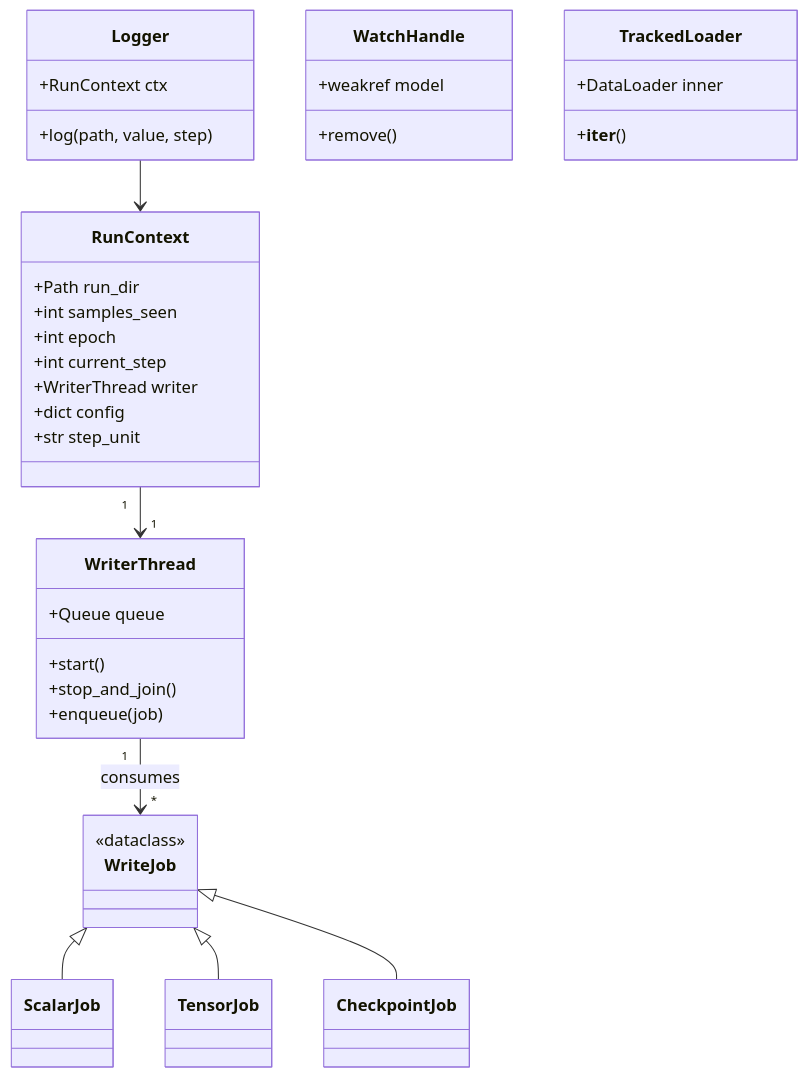
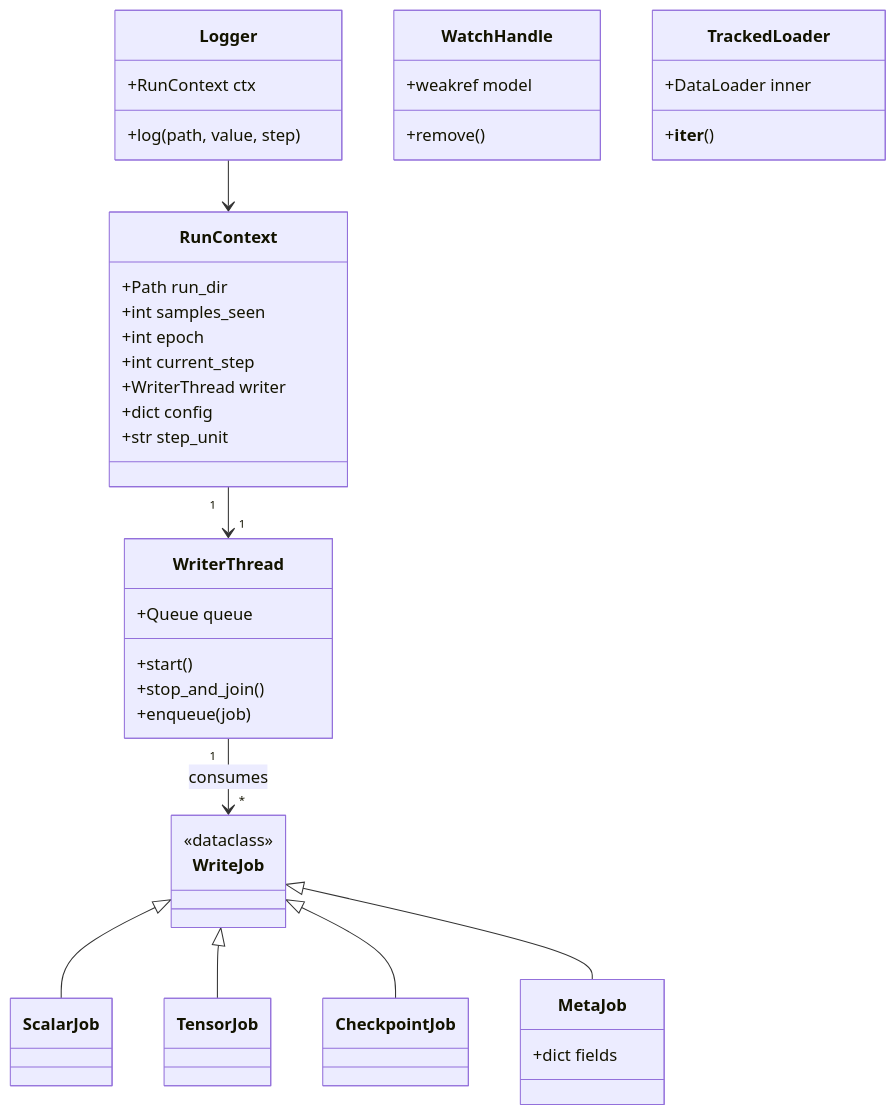
Before and after one commit to vladkalinichencko/log: the third of 11 diagrams in SPEC.md, drawn with Mermaid. The commit also changed other lines of this file and 32 other files, not shown here.

````diff
--- a/SPEC.md
+++ b/SPEC.md
@@ -560,42 +559,46 @@
 ```mermaid
 classDiagram
     class RunContext {
         +Path run_dir
         +int samples_seen
         +int epoch
         +int current_step
         +WriterThread writer
         +dict config
         +str step_unit
     }
     class WriterThread {
         +Queue queue
         +start()
         +stop_and_join()
         +enqueue(job)
     }
     class WriteJob {
         <<dataclass>>
     }
     class ScalarJob
     class TensorJob
     class CheckpointJob
+    class MetaJob {
+        +dict fields
+    }
     class Logger {
         +RunContext ctx
         +log(path, value, step)
     }
     class WatchHandle {
         +weakref model
         +remove()
     }
     class TrackedLoader {
         +DataLoader inner
         +__iter__()
     }
     WriteJob <|-- ScalarJob
     WriteJob <|-- TensorJob
     WriteJob <|-- CheckpointJob
+    WriteJob <|-- MetaJob
     WriterThread "1" --> "*" WriteJob : consumes
     RunContext "1" --> "1" WriterThread
     Logger --> RunContext
 ```
````
